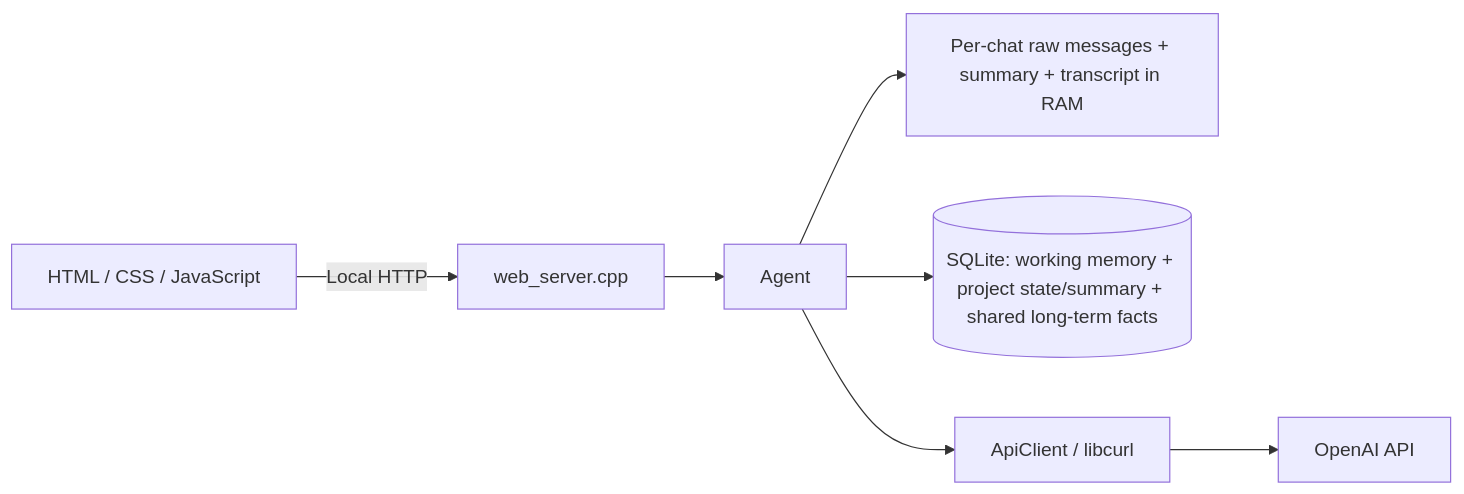
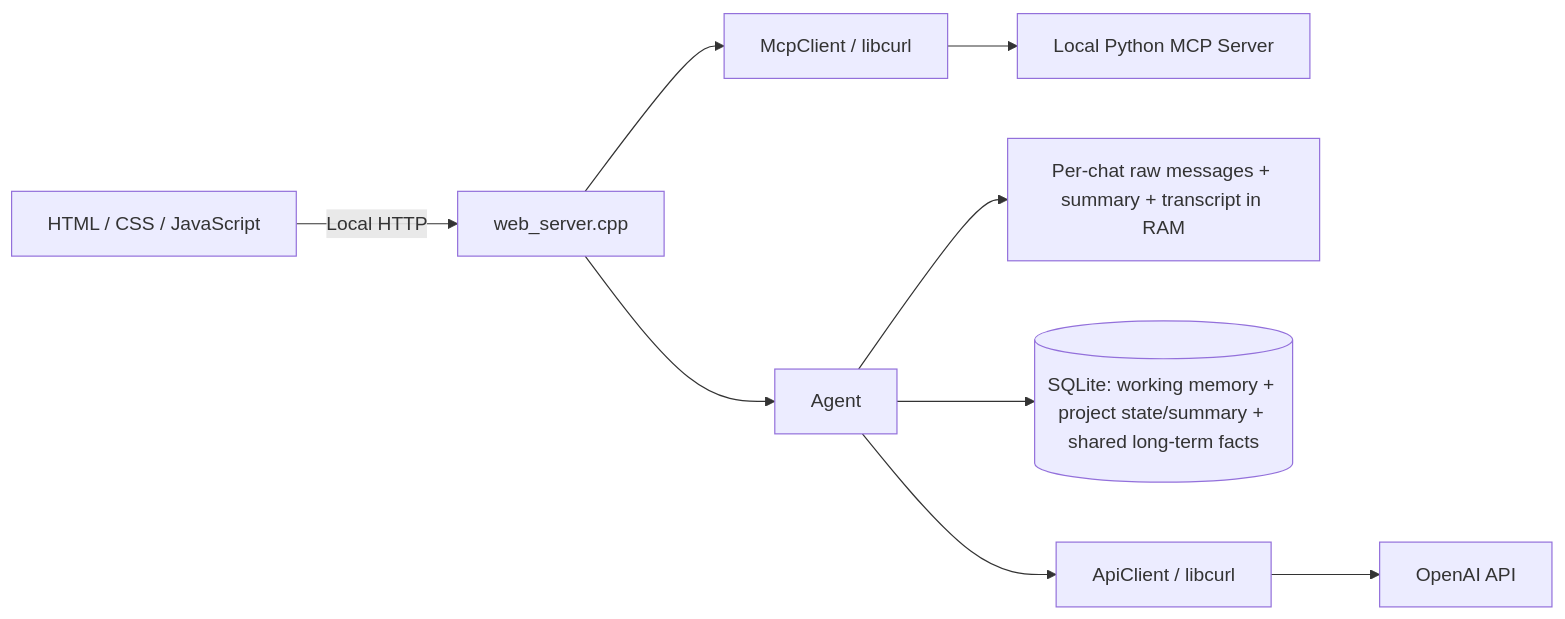
Before and after one commit to ri-gusev/AIAgentsStart: the diagram in README.md, drawn with Mermaid. The commit also changed other lines of this file and 4212 other files, not shown here.

````diff
--- a/README.md
+++ b/README.md
@@ -38,9 +56,11 @@
 ```mermaid
 flowchart LR
     Browser[HTML / CSS / JavaScript] -->|Local HTTP| Server[web_server.cpp]
     Server --> Agent[Agent]
+    Server --> MCP[McpClient / libcurl]
+    MCP --> LocalMCP[Local Python MCP Server]
     Agent --> RAM[Per-chat raw messages + summary + transcript in RAM]
     Agent --> DB[(SQLite: working memory + project state/summary + shared long-term facts)]
     Agent --> Client[ApiClient / libcurl]
     Client --> OpenAI[OpenAI API]
 ```
````
